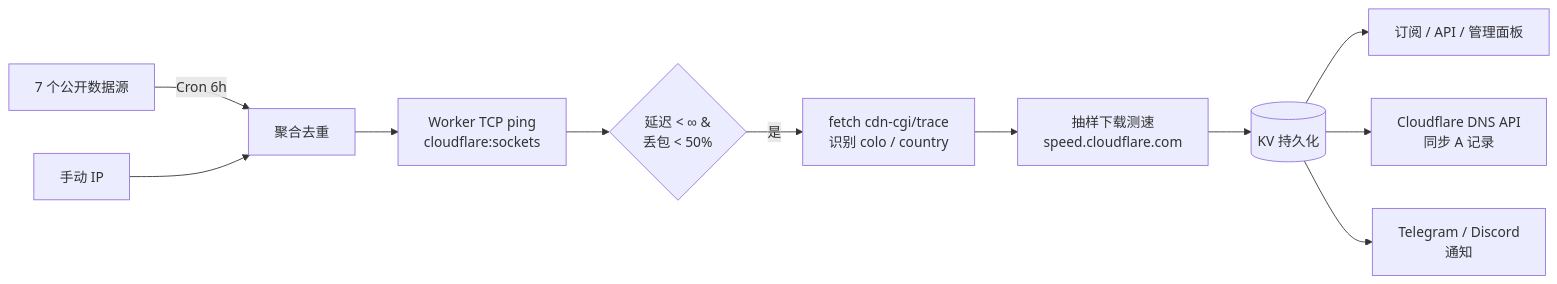
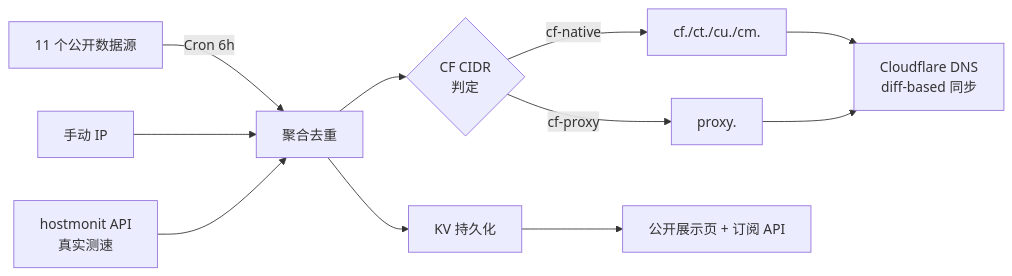
One commit to LeilaoMi/cf-best-ip changed the diagram in README.md. Above: the diagram before and after it, drawn with Mermaid. The commit also changed other lines of this file and 1 other file, not shown here.

First line of the commit message:
feat(v2.4): hostmonit 真实测速源 + 移动端响应式 + 移除 admin 链接

````diff
--- a/README.md
+++ b/README.md
@@ -172,13 +88,13 @@
 ```mermaid
 flowchart LR
-  A[7 个公开数据源] -->|Cron 6h| B[聚合去重]
+  A[11 个公开数据源] -->|Cron 6h| B[聚合去重]
   M[手动 IP] --> B
-  B --> C[Worker TCP ping<br/>cloudflare:sockets]
-  C --> D{延迟 < ∞ &<br/>丢包 < 50%}
-  D -->|是| E[fetch cdn-cgi/trace<br/>识别 colo / country]
-  E --> F[抽样下载测速<br/>speed.cloudflare.com]
-  F --> G[(KV 持久化)]
-  G --> H[订阅 / API / 管理面板]
-  G --> I[Cloudflare DNS API<br/>同步 A 记录]
-  G --> J[Telegram / Discord<br/>通知]
+  H[hostmonit API<br/>真实测速] --> B
+  B --> C{CF CIDR<br/>判定}
+  C -->|cf-native| D[cf./ct./cu./cm.]
+  C -->|cf-proxy| E[proxy.]
+  D --> F[Cloudflare DNS<br/>diff-based 同步]
+  E --> F
+  B --> G[KV 持久化]
+  G --> P[公开展示页 + 订阅 API]
 ```
````
